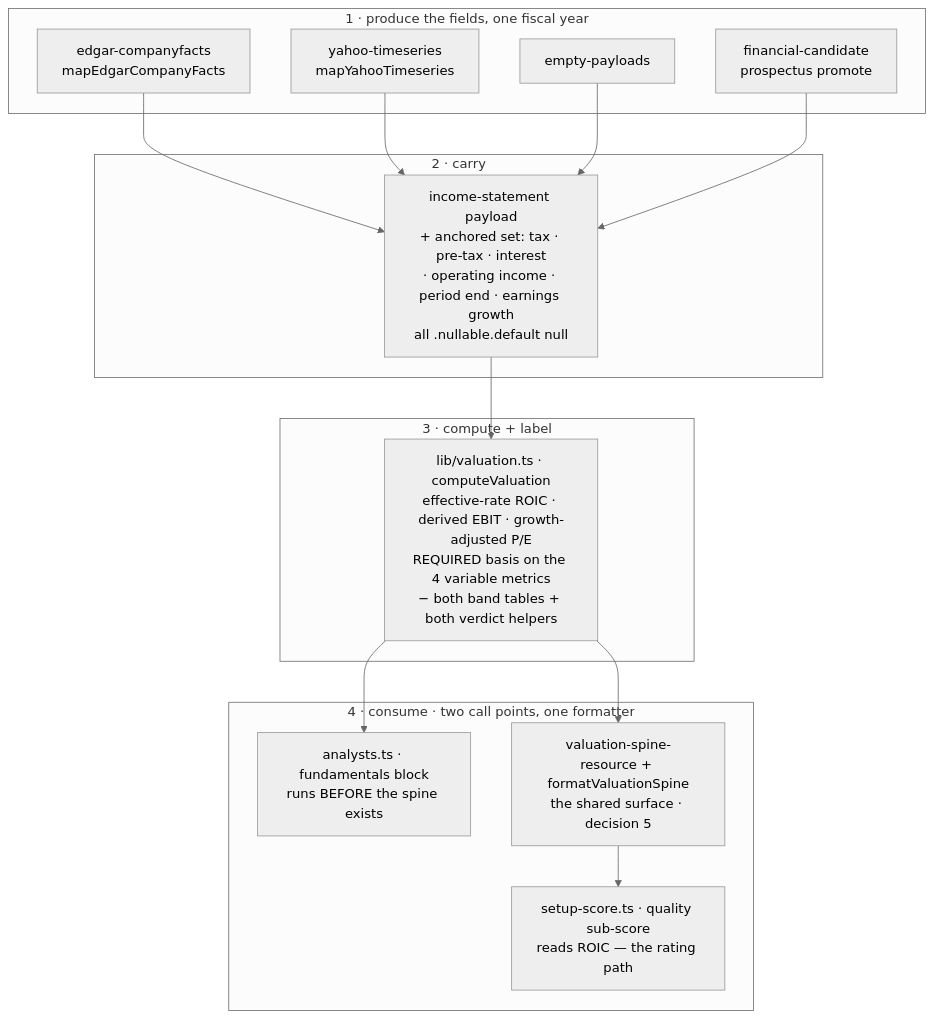
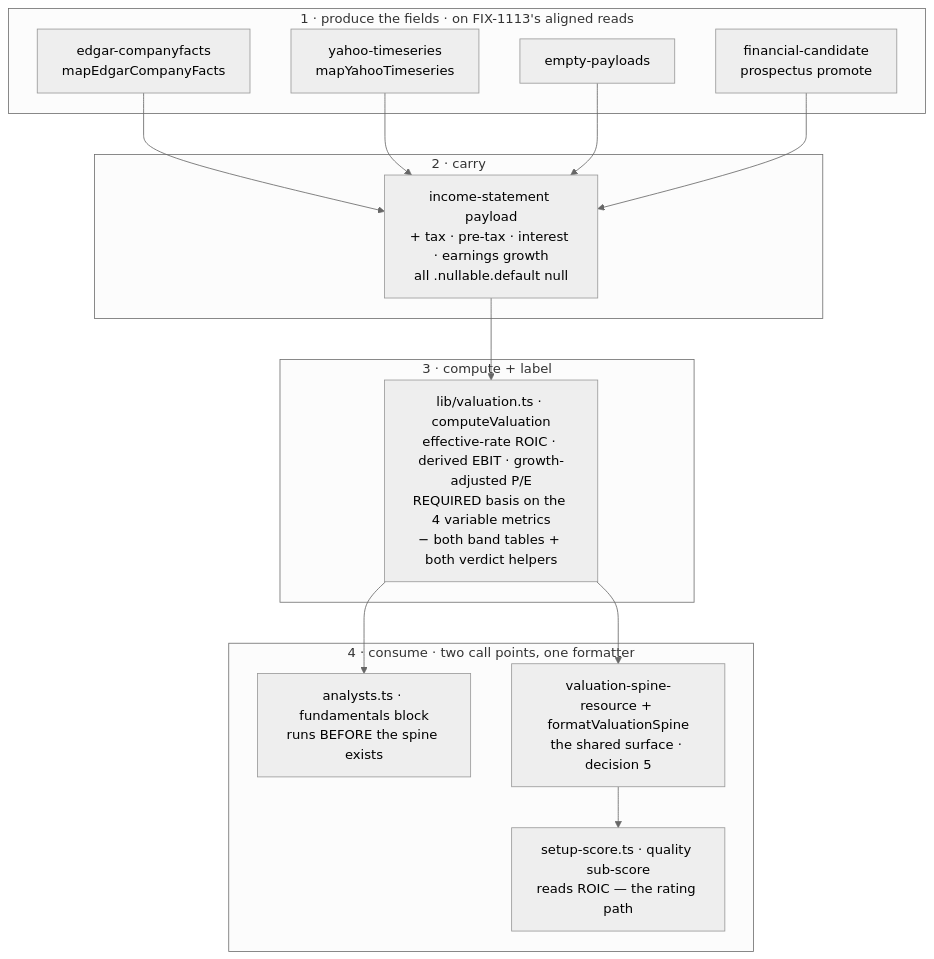
One commit to fixpoint-labs/flow-state-dev changed the diagram in spec/FIX-1064.md. Above: the diagram before and after it, drawn with Mermaid (neutral theme). The commit also changed other lines of this file, not shown here.

````diff
--- a/spec/FIX-1064.md
+++ b/spec/FIX-1064.md
@@ -312,23 +308,23 @@
 ```mermaid
 flowchart TB
-  subgraph produce[1 · produce the fields, one fiscal year]
+  subgraph produce[1 · produce the fields · on FIX-1113's aligned reads]
     ED[edgar-companyfacts<br/>mapEdgarCompanyFacts]
     YA[yahoo-timeseries<br/>mapYahooTimeseries]
     EP[empty-payloads]
     PR[financial-candidate<br/>prospectus promote]
   end
   subgraph carry[2 · carry]
-    IS[income-statement payload<br/>+ anchored set: tax · pre-tax · interest<br/>· operating income · period end · earnings growth<br/>all .nullable.default null]
+    IS[income-statement payload<br/>+ tax · pre-tax · interest · earnings growth<br/>all .nullable.default null]
   end
   subgraph compute[3 · compute + label]
     DV[lib/valuation.ts · computeValuation<br/>effective-rate ROIC · derived EBIT · growth-adjusted P/E<br/>REQUIRED basis on the 4 variable metrics<br/>− both band tables + both verdict helpers]
   end
   subgraph consume[4 · consume · two call points, one formatter]
     AN[analysts.ts · fundamentals block<br/>runs BEFORE the spine exists]
     SP[valuation-spine-resource + formatValuationSpine<br/>the shared surface · decision 5]
     QS[setup-score.ts · quality sub-score<br/>reads ROIC — the rating path]
   end
   ED & YA & EP & PR --> IS --> DV
   DV --> AN
   DV --> SP --> QS
 ```
````
